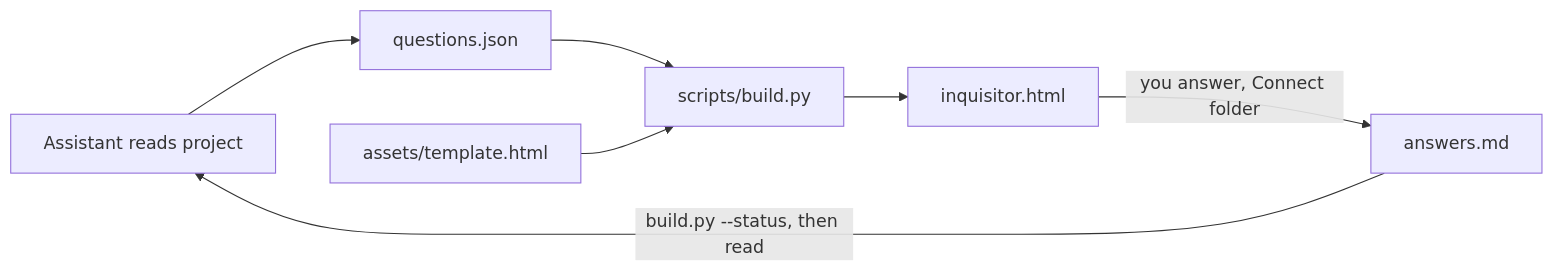
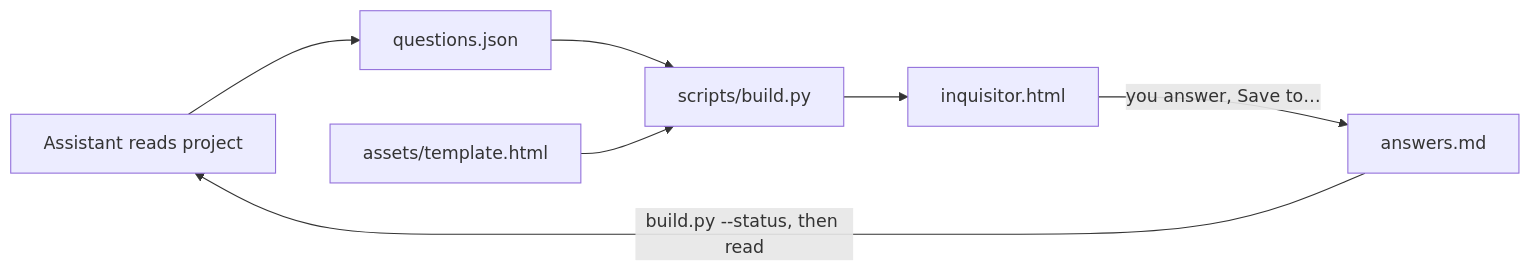
One commit to nullcromancer/FKNRTD.SKL changed the diagram in inquisitor/README.md. Above: the diagram before and after it, drawn with Mermaid. The commit also changed other lines of this file and 3 other files, not shown here.

Commit message:
inquisitor: Save to... dialog chooses where answers.md is written

````diff
--- a/inquisitor/README.md
+++ b/inquisitor/README.md
@@ -75,9 +75,9 @@
 ```mermaid
 flowchart LR
   A[Assistant reads project] --> B[questions.json]
   B --> C[scripts/build.py]
   T[assets/template.html] --> C
   C --> D[inquisitor.html]
-  D -->|you answer, Connect folder| E[answers.md]
+  D -->|you answer, Save to…| E[answers.md]
   E -->|build.py --status, then read| A
 ```
````
